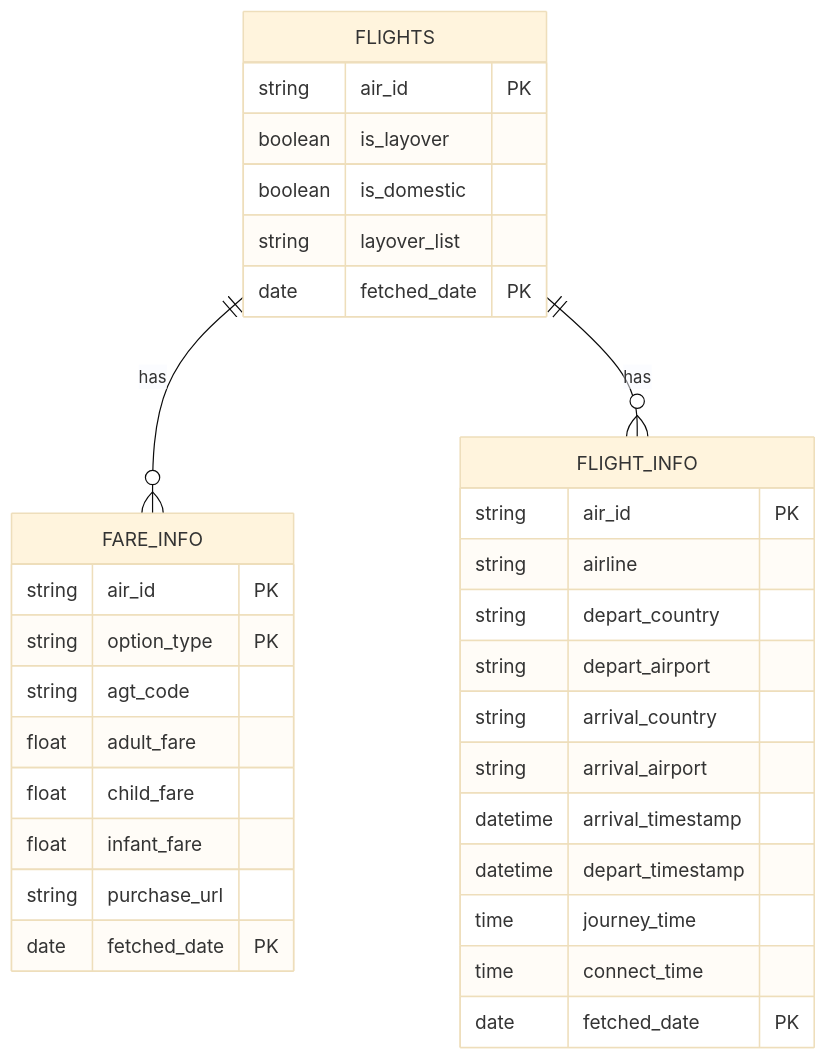
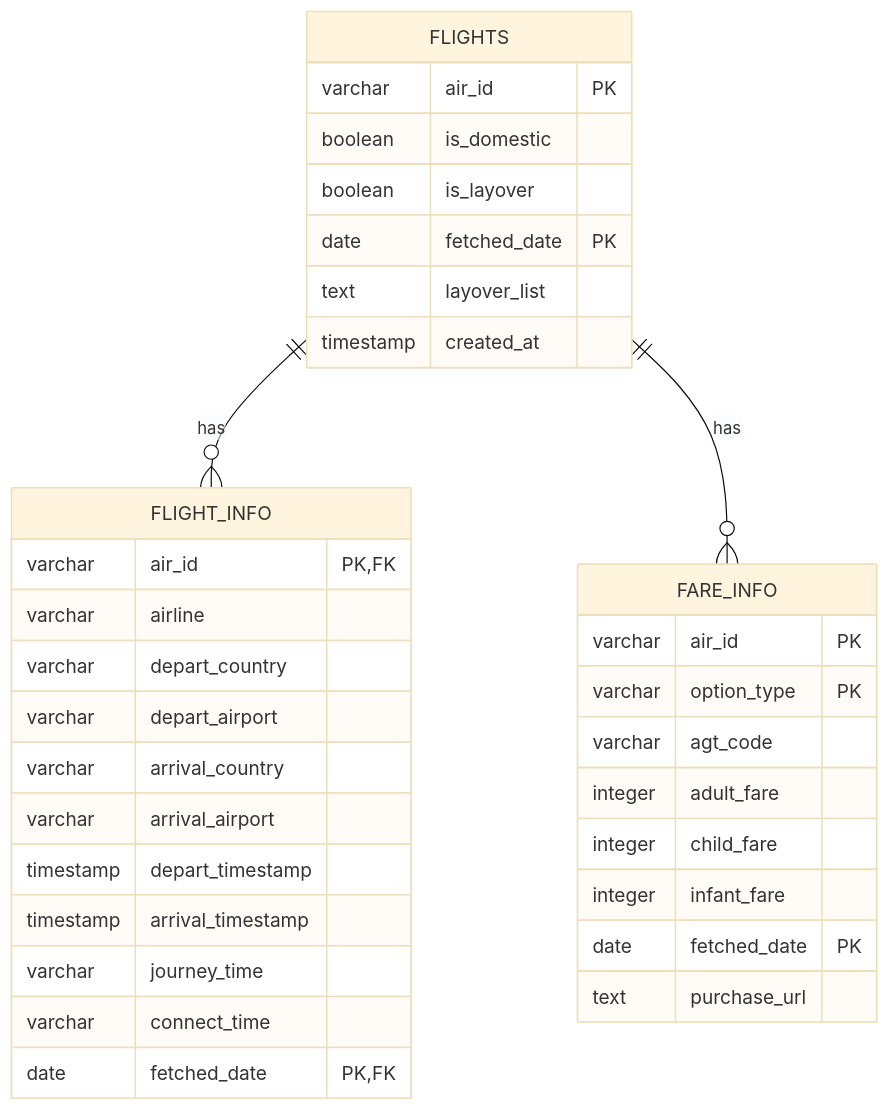
Before and after one commit to Tobigs-DashBoard/Flights_Team: the diagram in README.md, drawn with Mermaid (base theme).

Commit message:
[ADDED] ER-diagram

````diff
--- a/README.md
+++ b/README.md
@@ -4,35 +4,36 @@
 ```mermaid
 erDiagram
+    FLIGHTS ||--o{ FLIGHT_INFO : has
     FLIGHTS ||--o{ FARE_INFO : has
-    FLIGHTS ||--o{ FLIGHT_INFO : has
     FLIGHTS {
-        string air_id PK
+        varchar air_id PK
+        boolean is_domestic
         boolean is_layover
-        boolean is_domestic
-        string layover_list
         date fetched_date PK
+        text layover_list
+        timestamp created_at
+    }
+    FLIGHT_INFO {
+        varchar air_id PK, FK
+        varchar airline
+        varchar depart_country
+        varchar depart_airport
+        varchar arrival_country
+        varchar arrival_airport
+        timestamp depart_timestamp
+        timestamp arrival_timestamp
+        varchar journey_time
+        varchar connect_time
+        date fetched_date PK, FK
     }
     FARE_INFO {
-        string air_id PK
-        string option_type PK
-        string agt_code
-        float adult_fare
-        float child_fare
-        float infant_fare
-        string purchase_url
+        varchar air_id PK
+        varchar option_type PK
+        varchar agt_code
+        integer adult_fare
+        integer child_fare
+        integer infant_fare
         date fetched_date PK
-    }
-    FLIGHT_INFO {
-        string air_id PK
-        string airline
-        string depart_country
-        string depart_airport
-        string arrival_country
-        string arrival_airport
-        datetime arrival_timestamp
-        datetime depart_timestamp
-        time journey_time
-        time connect_time
-        date fetched_date PK
+        text purchase_url
     }
 ```
````
